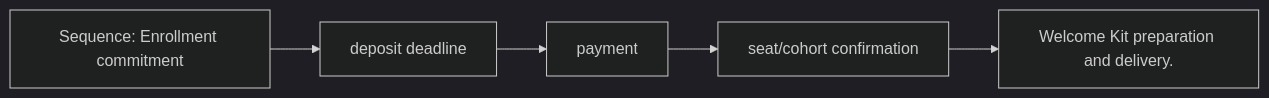
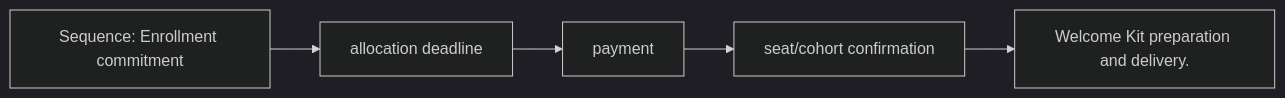
The diagram in RIAH-PATHWAY-WEBSITE-WIREFRAMES-STRUCTURE/11. ADMISSIONS/IMAGES/11-ADMISSIONS-WIREFRAMES-CTA-LINKS-ROUTING-FLOW-02.mmd (RIAHPathway/Website-Draft), drawn with Mermaid (dark theme) before and after one commit. The commit also changed 11 other files, not shown here.

```diff
--- a/RIAH-PATHWAY-WEBSITE-WIREFRAMES-STRUCTURE/11. ADMISSIONS/IMAGES/11-ADMISSIONS-WIREFRAMES-CTA-LINKS-ROUTING-FLOW-02.mmd
+++ b/RIAH-PATHWAY-WEBSITE-WIREFRAMES-STRUCTURE/11. ADMISSIONS/IMAGES/11-ADMISSIONS-WIREFRAMES-CTA-LINKS-ROUTING-FLOW-02.mmd
@@ -1,10 +1,10 @@
 flowchart LR
   N1["Sequence: Enrollment commitment"]
-  N2["deposit deadline"]
+  N2["allocation deadline"]
   N3["payment"]
   N4["seat/cohort confirmation"]
   N5["Welcome Kit preparation and delivery."]
   N1 --> N2
   N2 --> N3
   N3 --> N4
   N4 --> N5
```
